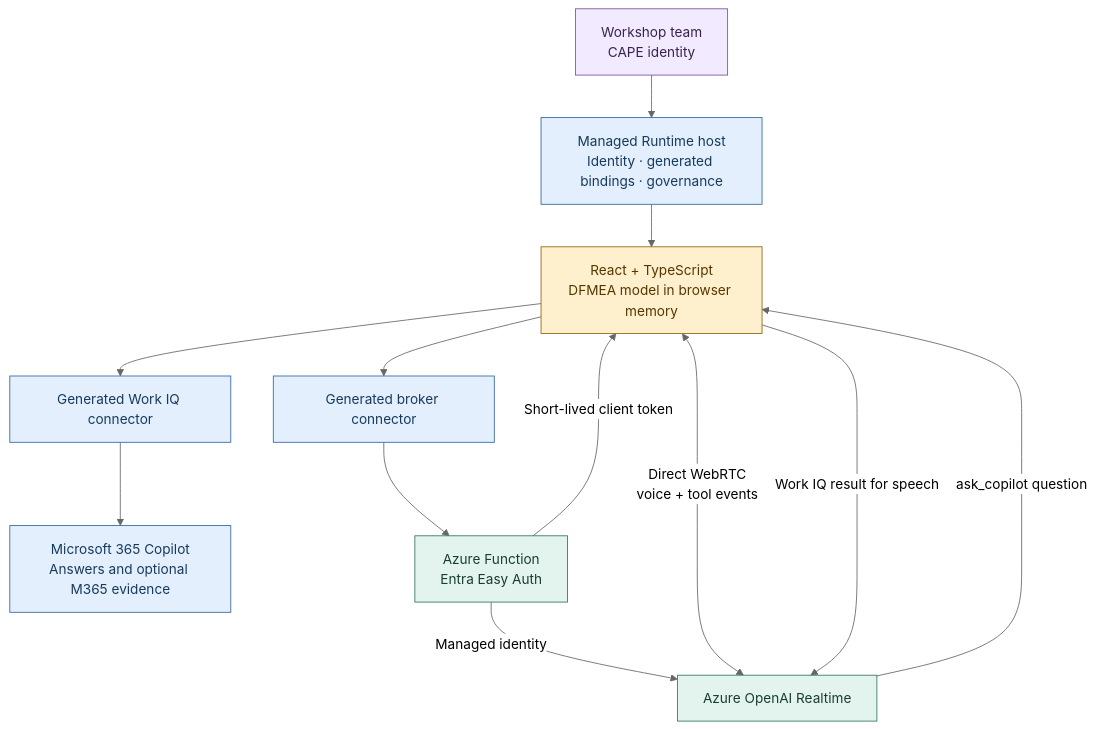
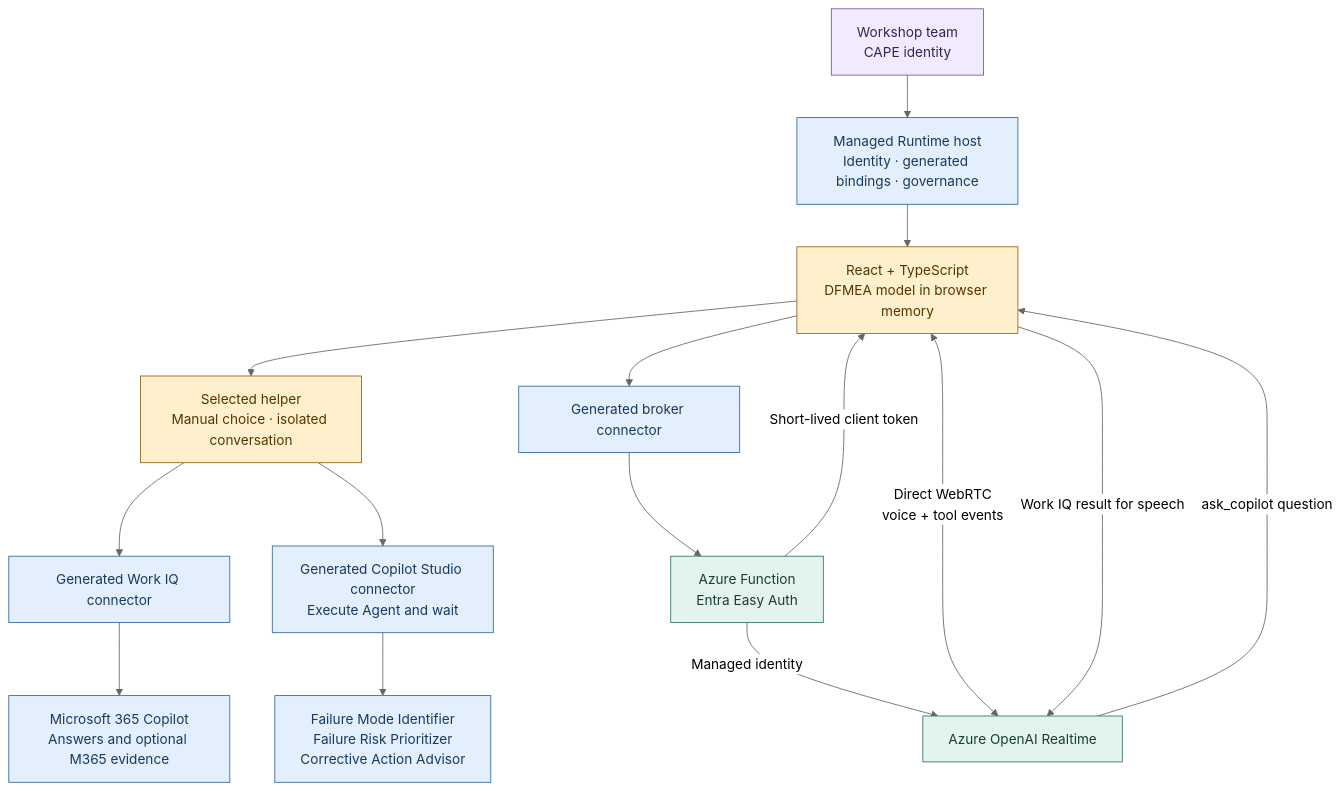
One commit to Roelzz/code_app_voice changed the second of 5 diagrams in README.md. Above: the diagram before and after it, drawn with Mermaid (neutral theme). The commit also changed other lines of this file and 16 other files, not shown here.

````diff
--- a/README.md
+++ b/README.md
@@ -60,22 +61,25 @@
 ```mermaid
 flowchart TB
     Team["Workshop team<br/>CAPE identity"] --> Host["Managed Runtime host<br/>Identity · generated bindings · governance"]
     Host --> App["React + TypeScript<br/>DFMEA model in browser memory"]
-    App --> IQ["Generated Work IQ connector"]
+    App --> Select["Selected helper<br/>Manual choice · isolated conversation"]
+    Select --> IQ["Generated Work IQ connector"]
     IQ --> Copilot["Microsoft 365 Copilot<br/>Answers and optional M365 evidence"]
+    Select --> Studio["Generated Copilot Studio connector<br/>Execute Agent and wait"]
+    Studio --> Specialists["Failure Mode Identifier<br/>Failure Risk Prioritizer<br/>Corrective Action Advisor"]
     App --> BrokerConn["Generated broker connector"]
     BrokerConn --> Broker["Azure Function<br/>Entra Easy Auth"]
     Broker -->|"Managed identity"| Azure["Azure OpenAI Realtime"]
     Broker -->|"Short-lived client token"| App
     App <-->|"Direct WebRTC<br/>voice + tool events"| Azure
     Azure -->|"ask_copilot question"| App
     App -->|"Work IQ result for speech"| Azure
     classDef person fill:#F2EAFE,stroke:#7854A3,color:#38234F
     classDef app fill:#FFF0CD,stroke:#94620D,color:#553600
     classDef m365 fill:#E3EFFC,stroke:#31669C,color:#173A5D
     classDef azure fill:#E3F4EE,stroke:#32765A,color:#193D30
     class Team person
-    class App app
-    class Host,IQ,Copilot,BrokerConn m365
+    class App,Select app
+    class Host,IQ,Copilot,BrokerConn,Studio,Specialists m365
     class Broker,Azure azure
 ```
````
